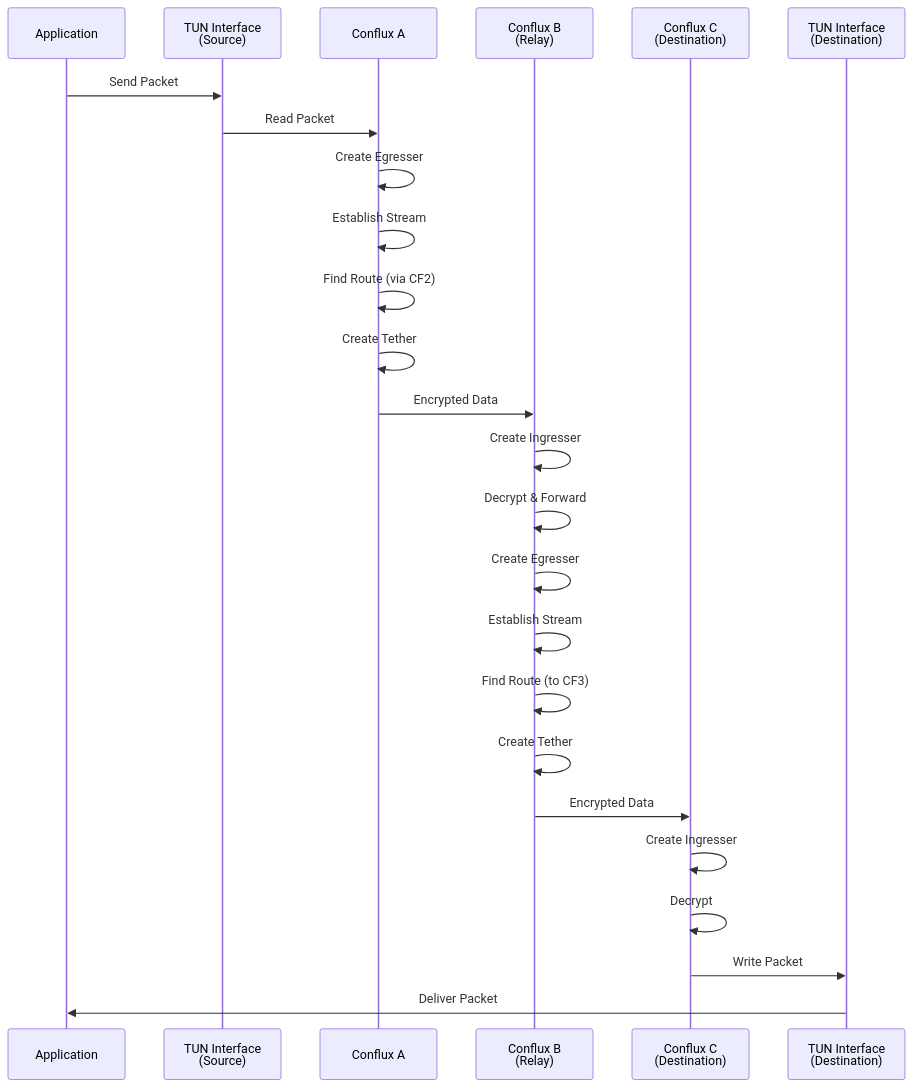
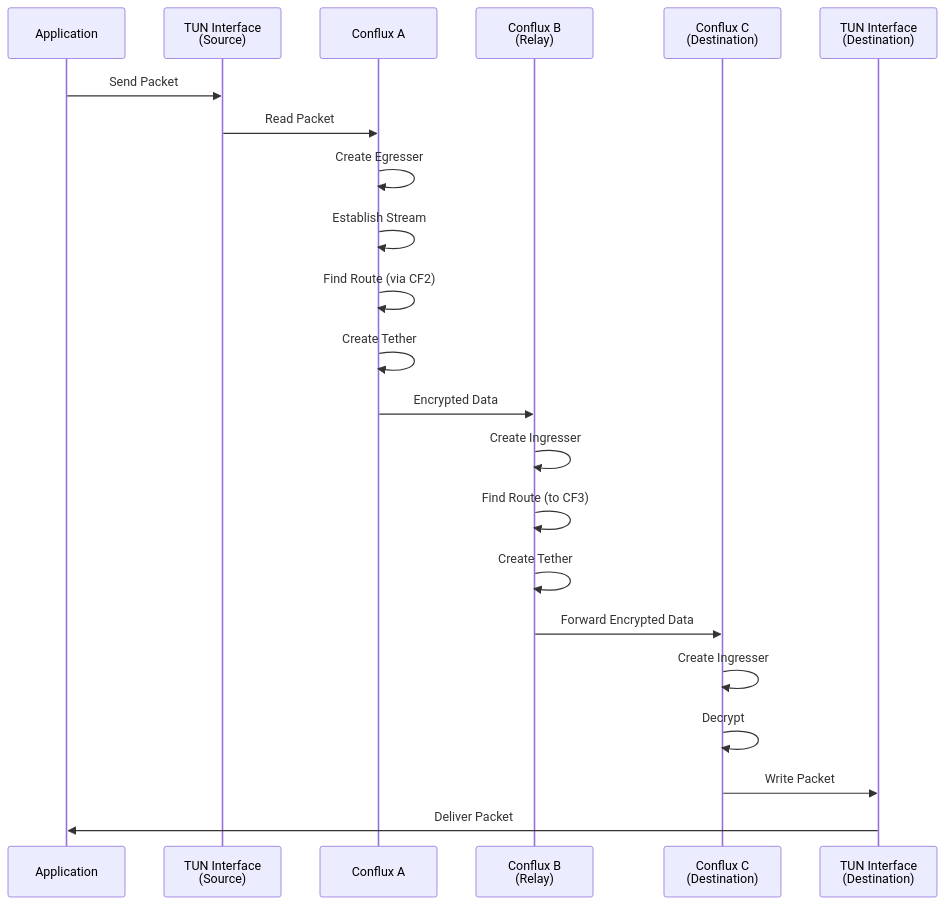
Before and after one commit to wjs-529/conflux: the sixth of 6 diagrams in README.md, drawn with Mermaid.

Commit message:
updated diagram

````diff
--- a/README.md
+++ b/README.md
@@ -221,28 +221,25 @@
 ```mermaid
 sequenceDiagram
     participant App as Application
     participant TUN1 as TUN Interface<br/>(Source)
     participant CF1 as Conflux A
     participant CF2 as Conflux B<br/>(Relay)
     participant CF3 as Conflux C<br/>(Destination)
     participant TUN2 as TUN Interface<br/>(Destination)
     
     App->>TUN1: Send Packet
     TUN1->>CF1: Read Packet
     CF1->>CF1: Create Egresser
     CF1->>CF1: Establish Stream
     CF1->>CF1: Find Route (via CF2)
     CF1->>CF1: Create Tether
     CF1->>CF2: Encrypted Data
     CF2->>CF2: Create Ingresser
-    CF2->>CF2: Decrypt & Forward
-    CF2->>CF2: Create Egresser
-    CF2->>CF2: Establish Stream
     CF2->>CF2: Find Route (to CF3)
     CF2->>CF2: Create Tether
-    CF2->>CF3: Encrypted Data
+    CF2->>CF3: Forward Encrypted Data
     CF3->>CF3: Create Ingresser
     CF3->>CF3: Decrypt
     CF3->>TUN2: Write Packet
     TUN2->>App: Deliver Packet
 ```
````
